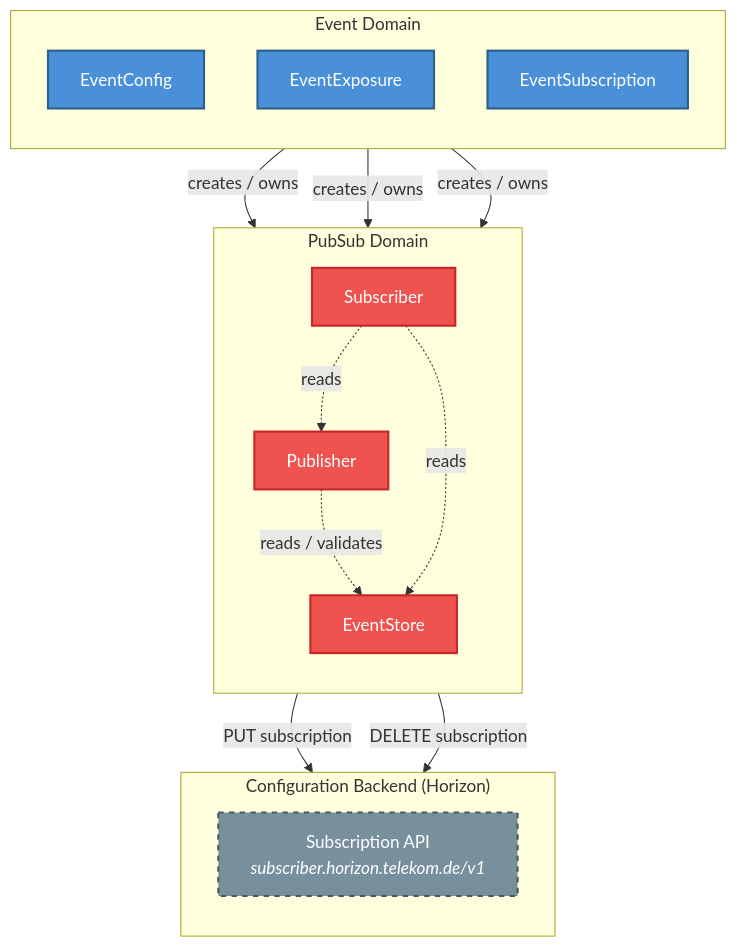
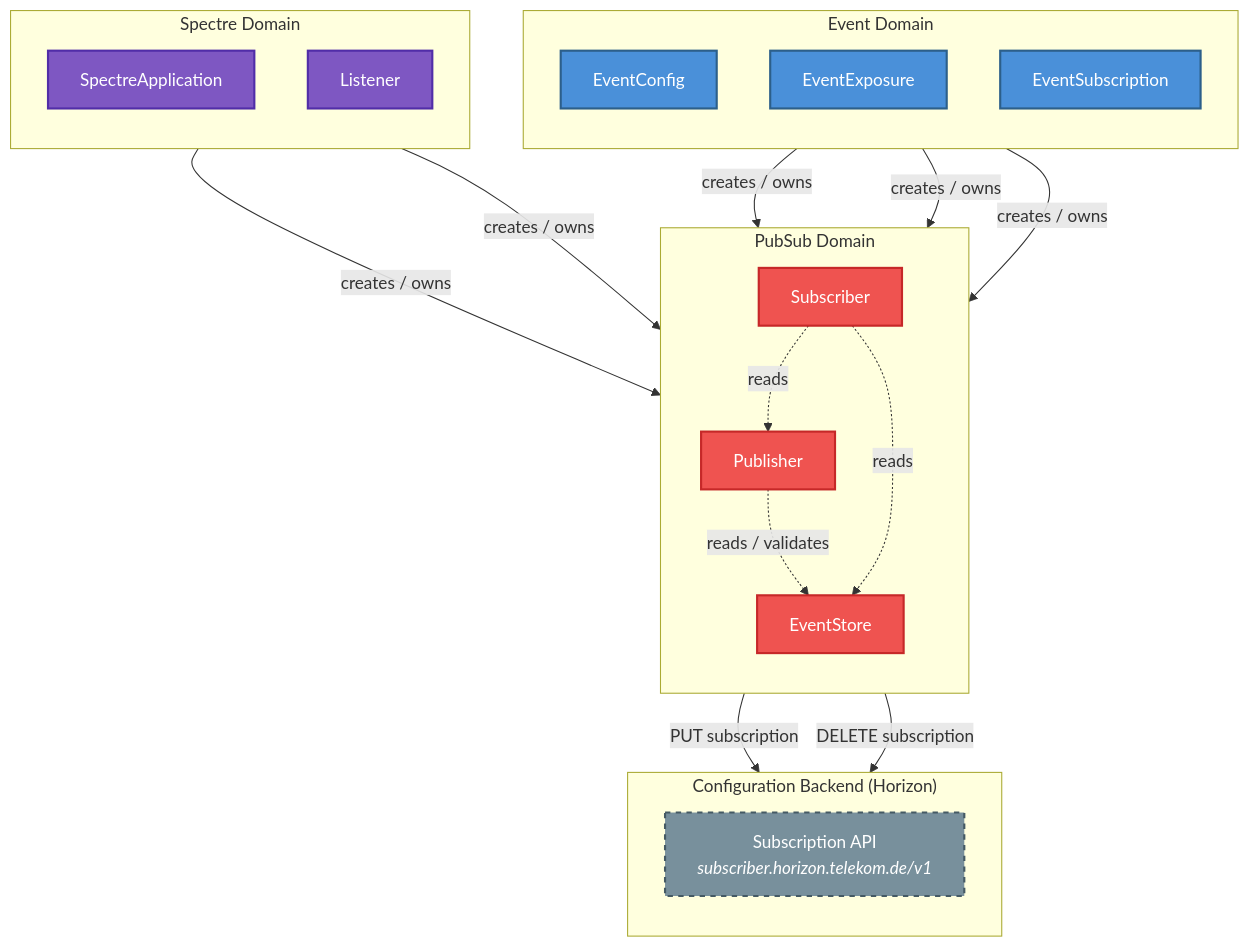
Before and after one commit to telekom/controlplane: the diagram in pubsub/docs/pubsub-domain-architecture.md, drawn with Mermaid. The commit also changed other lines of this file and 262 other files, not shown here.

````diff
--- a/pubsub/docs/pubsub-domain-architecture.md
+++ b/pubsub/docs/pubsub-domain-architecture.md
@@ -13,42 +13,54 @@
 ```mermaid
 flowchart TB
     %% ── Styling ──────────────────────────────────────────────
     classDef pubsubCls fill:#ef5350,color:#fff,stroke:#c62828,stroke-width:2px
     classDef eventCls fill:#4a90d9,color:#fff,stroke:#2c5f8a,stroke-width:2px
+    classDef spectreCls fill:#7e57c2,color:#fff,stroke:#512da8,stroke-width:2px
     classDef backendCls fill:#78909c,color:#fff,stroke:#455a64,stroke-width:2px,stroke-dasharray: 5 5
 
     %% ── Event Domain (upstream creator) ─────────────────────
     subgraph event["Event Domain"]
         direction TB
         EventConfig["EventConfig"]:::eventCls
         EventExposure["EventExposure"]:::eventCls
         EventSubscription["EventSubscription"]:::eventCls
+    end
+
+    %% ── Spectre Domain (peer upstream creator) ──────────────
+    subgraph spectre["Spectre Domain"]
+        direction TB
+        SpectreApp["SpectreApplication"]:::spectreCls
+        Listener["Listener"]:::spectreCls
     end
 
     %% ── PubSub Domain (center) ──────────────────────────────
     subgraph pubsub["PubSub Domain"]
         direction TB
         EventStore["EventStore"]:::pubsubCls
         Publisher["Publisher"]:::pubsubCls
         Subscriber["Subscriber"]:::pubsubCls
 
         Publisher -. "reads / validates" .-> EventStore
         Subscriber -. "reads" .-> Publisher
         Subscriber -. "reads" .-> EventStore
     end
 
     %% ── Configuration Backend (external system) ─────────────
     subgraph backend["Configuration Backend (Horizon)"]
         direction TB
         SubscriptionAPI["Subscription API<br/><i>subscriber.horizon.telekom.de/v1</i>"]:::backendCls
     end
 
     %% ── Event Domain creates PubSub resources ───────────────
     EventConfig -- "creates / owns" --> EventStore
     EventExposure -- "creates / owns" --> Publisher
     EventSubscription -- "creates / owns" --> Subscriber
 
+    %% ── Spectre Domain creates PubSub resources ─────────────
+    SpectreApp -- "creates / owns" --> Publisher
+    Listener -- "creates / owns" --> Subscriber
+
     %% ── Subscriber calls external backend ───────────────────
     Subscriber -- "PUT subscription" --> SubscriptionAPI
     Subscriber -- "DELETE subscription" --> SubscriptionAPI
 ```
````
